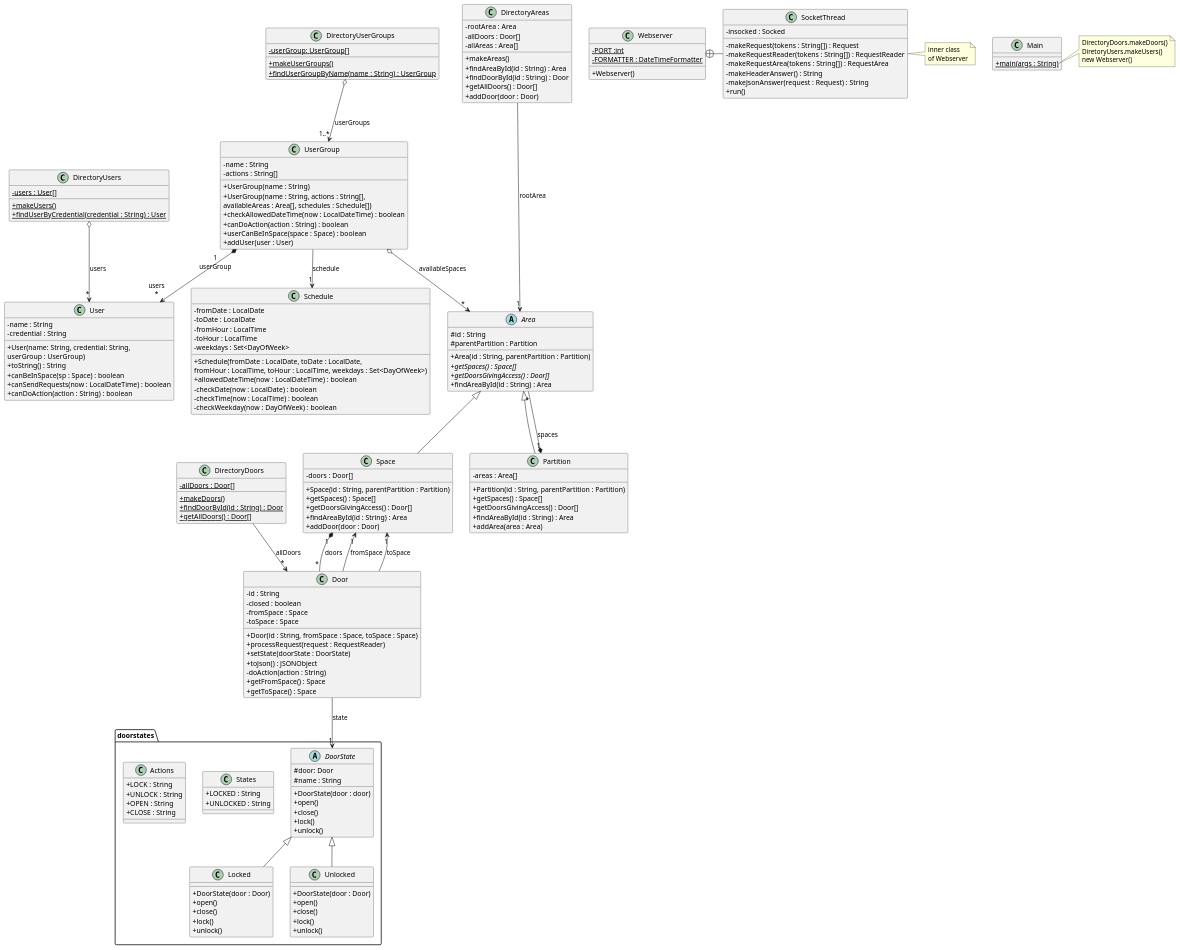
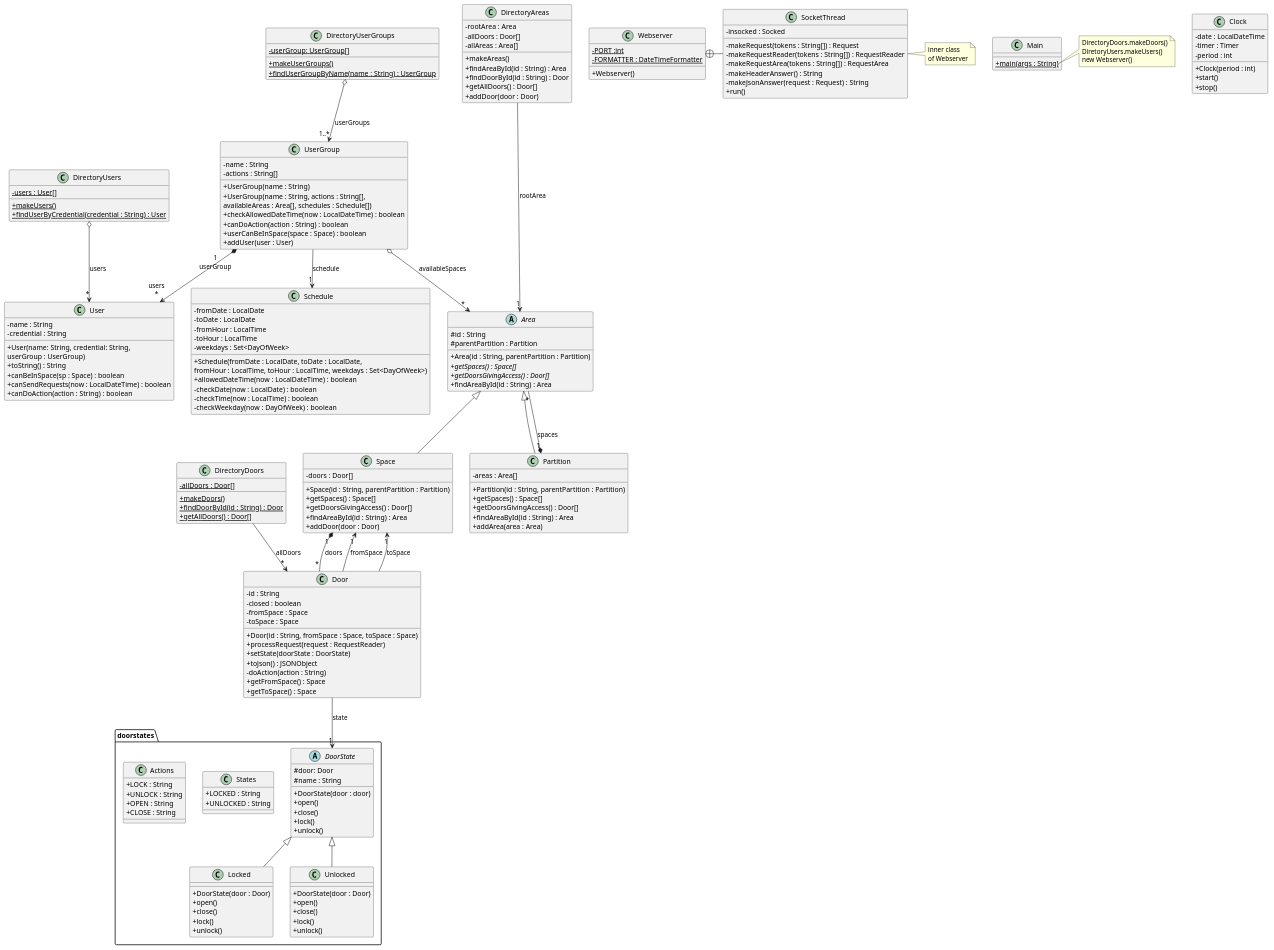
The diagram in src/baseNoStates/uml/base_no_states.puml (leonhrt/DSW-ACS), drawn with PlantUML before and after one commit. The commit also changed 1 other file, not shown here.

Commit message:
clock created

```diff
--- a/src/baseNoStates/uml/base_no_states.puml
+++ b/src/baseNoStates/uml/base_no_states.puml
@@ -178,6 +178,15 @@
 - checkWeekday(now : DayOfWeek) : boolean
 }
 
+class Clock {
+- date : LocalDateTime
+- timer : Timer
+- period : int
++ Clock(period : int)
++ start()
++ stop()
+}
+
 class Main {
 + {static} main(args : String)
 }
```
